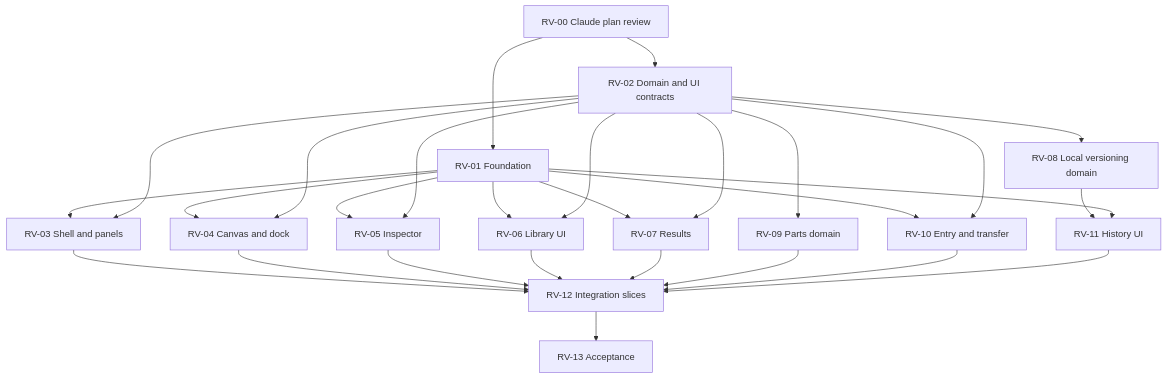
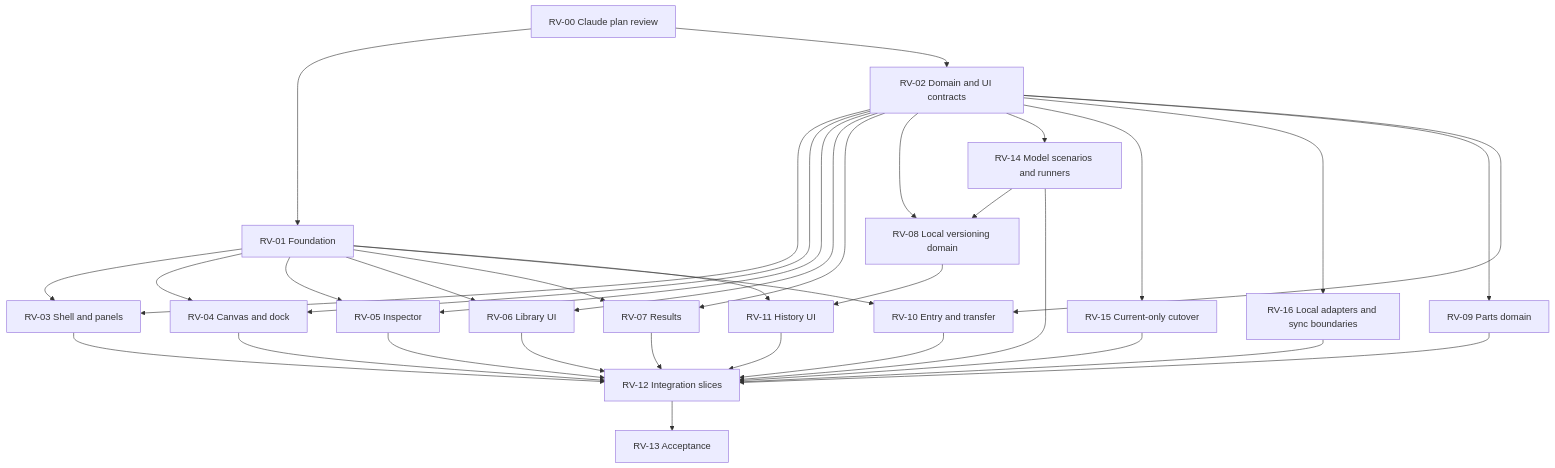
The diagram in specs/revamp/delivery-plan.md (ankushjamdagani/canvas-one), drawn with Mermaid before and after one commit. The commit also changed other lines of this file and 13 other files, not shown here.

Commit message:
docs: unify modeled execution and revise legacy and sync architecture

````diff
--- a/specs/revamp/delivery-plan.md
+++ b/specs/revamp/delivery-plan.md
@@ -7,30 +9,37 @@
 ```mermaid
 flowchart TD
   A[RV-00 Claude plan review] --> B[RV-01 Foundation]
   A --> C[RV-02 Domain and UI contracts]
   B --> D[RV-03 Shell and panels]
   B --> E[RV-04 Canvas and dock]
   B --> F[RV-05 Inspector]
   B --> G[RV-06 Library UI]
   B --> H[RV-07 Results]
   C --> D
   C --> E
   C --> F
   C --> G
   C --> H
   C --> I[RV-08 Local versioning domain]
+  C --> O[RV-14 Model scenarios and runners]
+  C --> P[RV-15 Current-only cutover]
+  C --> Q[RV-16 Local adapters and sync boundaries]
+  O --> I
+  P --> M
+  Q --> M
+  O --> M
   C --> J[RV-09 Parts domain]
   B --> K[RV-10 Entry and transfer]
   C --> K
   I --> L[RV-11 History UI]
   B --> L
   D --> M[RV-12 Integration slices]
   E --> M
   F --> M
   G --> M
   H --> M
   J --> M
   K --> M
   L --> M
   M --> N[RV-13 Acceptance]
 ```
````
